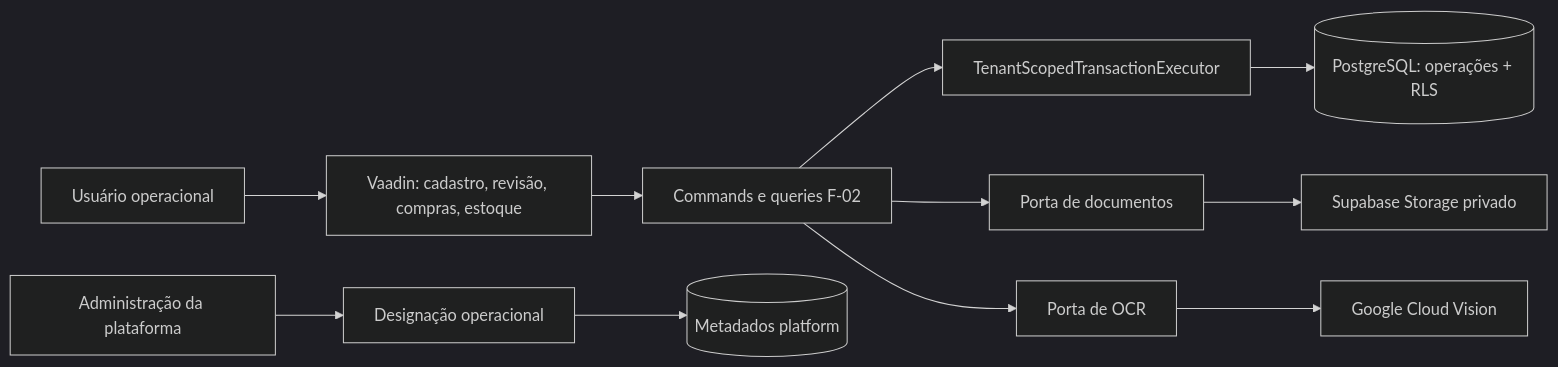
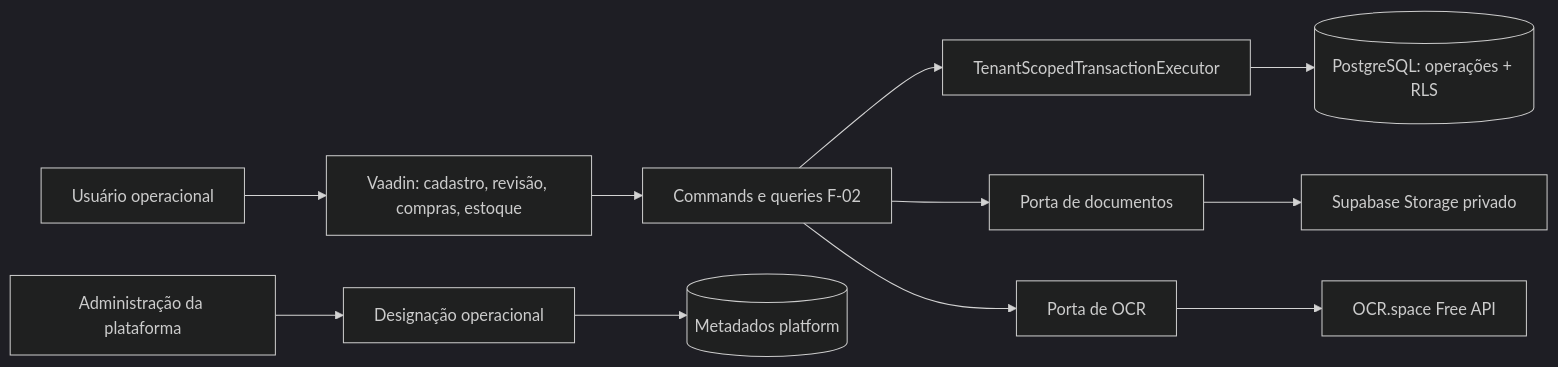
The second of 3 diagrams in .specs/features/f-02-base-purchases-stock/design.md (thiagoaataide/gestao-custo-e-producao), drawn with Mermaid (dark theme) before and after one commit. The commit also changed other lines of this file and 4 other files, not shown here.

Commit message:
docs(f02): select OCR.space for T12

````diff
--- a/.specs/features/f-02-base-purchases-stock/design.md
+++ b/.specs/features/f-02-base-purchases-stock/design.md
@@ -94,13 +94,13 @@
 ```mermaid
 flowchart LR
   U[Usuário operacional] --> V[Vaadin: cadastro, revisão, compras, estoque]
   V --> C[Commands e queries F-02]
   C --> T[TenantScopedTransactionExecutor]
   T --> P[(PostgreSQL: operações + RLS)]
   C --> S[Porta de documentos]
   S --> B[Supabase Storage privado]
   C --> O[Porta de OCR]
-  O --> G[Google Cloud Vision]
+  O --> G[OCR.space Free API]
   A[Administração da plataforma] --> M[Designação operacional]
   M --> PM[(Metadados platform)]
 ```
````
